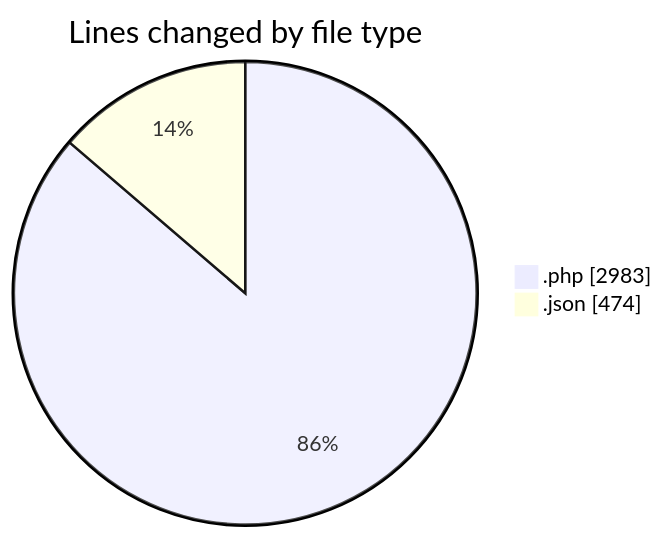
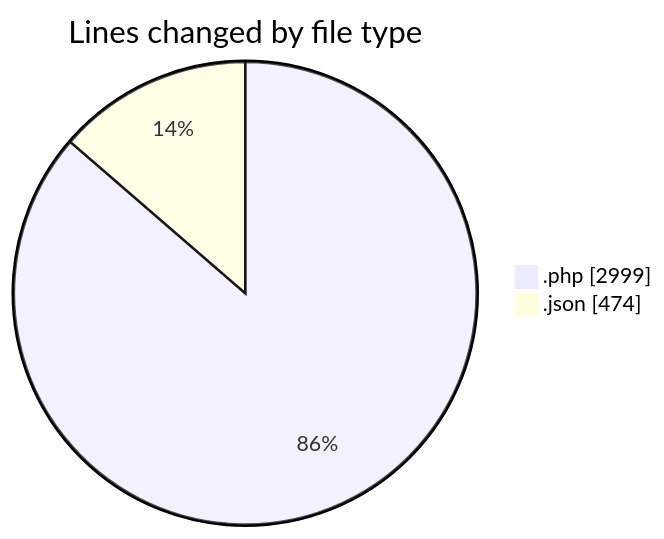
The first of 2 diagrams in 2025-06-16/studio-backend/README.md (idhammustaqopulfikri/code-tracking), drawn with Mermaid before and after one commit. The commit also changed other lines of this file and 1 other file, not shown here.

````diff
--- a/2025-06-16/studio-backend/README.md
+++ b/2025-06-16/studio-backend/README.md
@@ -36,6 +36,6 @@
 ```mermaid
 pie showData
 title Lines changed by file type
-".php" : 2983
+".php" : 2999
 ".json" : 474
 ```
````
